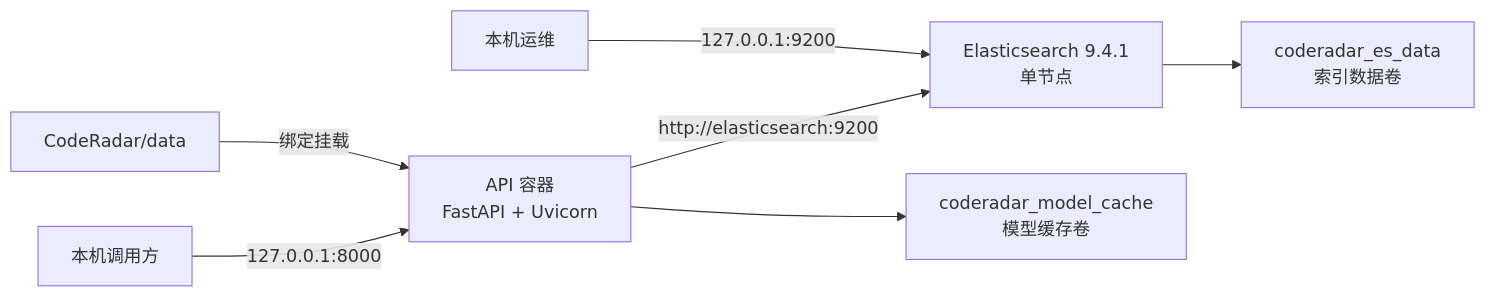
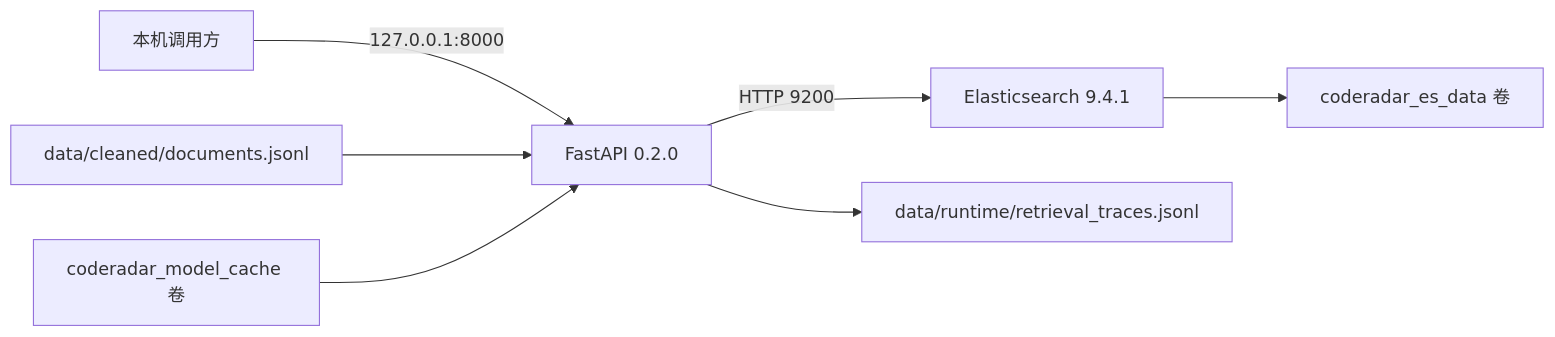
One commit to magician336/competitor-analysis-system changed the diagram in docs/部署文档.md. Above: the diagram before and after it, drawn with Mermaid. The commit also changed other lines of this file and 9 other files, not shown here.

````diff
--- a/docs/部署文档.md
+++ b/docs/部署文档.md
@@ -13,9 +9,9 @@
 ```mermaid
 flowchart LR
-    U["本机调用方"] -->|"127.0.0.1:8000"| A["API 容器<br/>FastAPI + Uvicorn"]
-    A -->|"http://elasticsearch:9200"| E["Elasticsearch 9.4.1<br/>单节点"]
-    H["CodeRadar/data"] -->|"绑定挂载"| A
-    A --> M["coderadar_model_cache<br/>模型缓存卷"]
-    E --> V["coderadar_es_data<br/>索引数据卷"]
-    L["本机运维"] -->|"127.0.0.1:9200"| E
+    U["本机调用方"] -->|"127.0.0.1:8000"| A["FastAPI 0.2.0"]
+    A -->|"HTTP 9200"| E["Elasticsearch 9.4.1"]
+    D["data/cleaned/documents.jsonl"] --> A
+    A --> T["data/runtime/retrieval_traces.jsonl"]
+    E --> V["coderadar_es_data 卷"]
+    M["coderadar_model_cache 卷"] --> A
 ```
````
